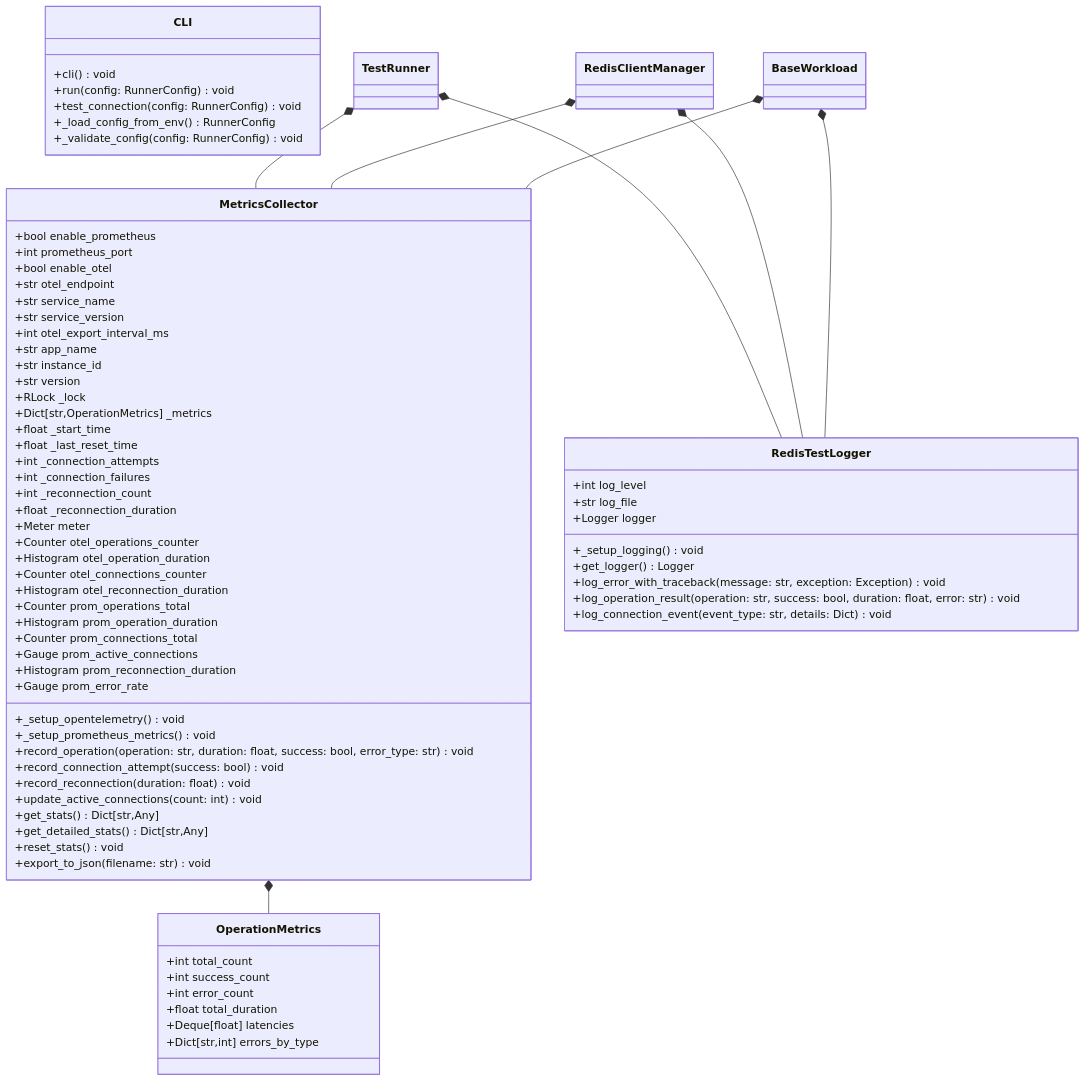
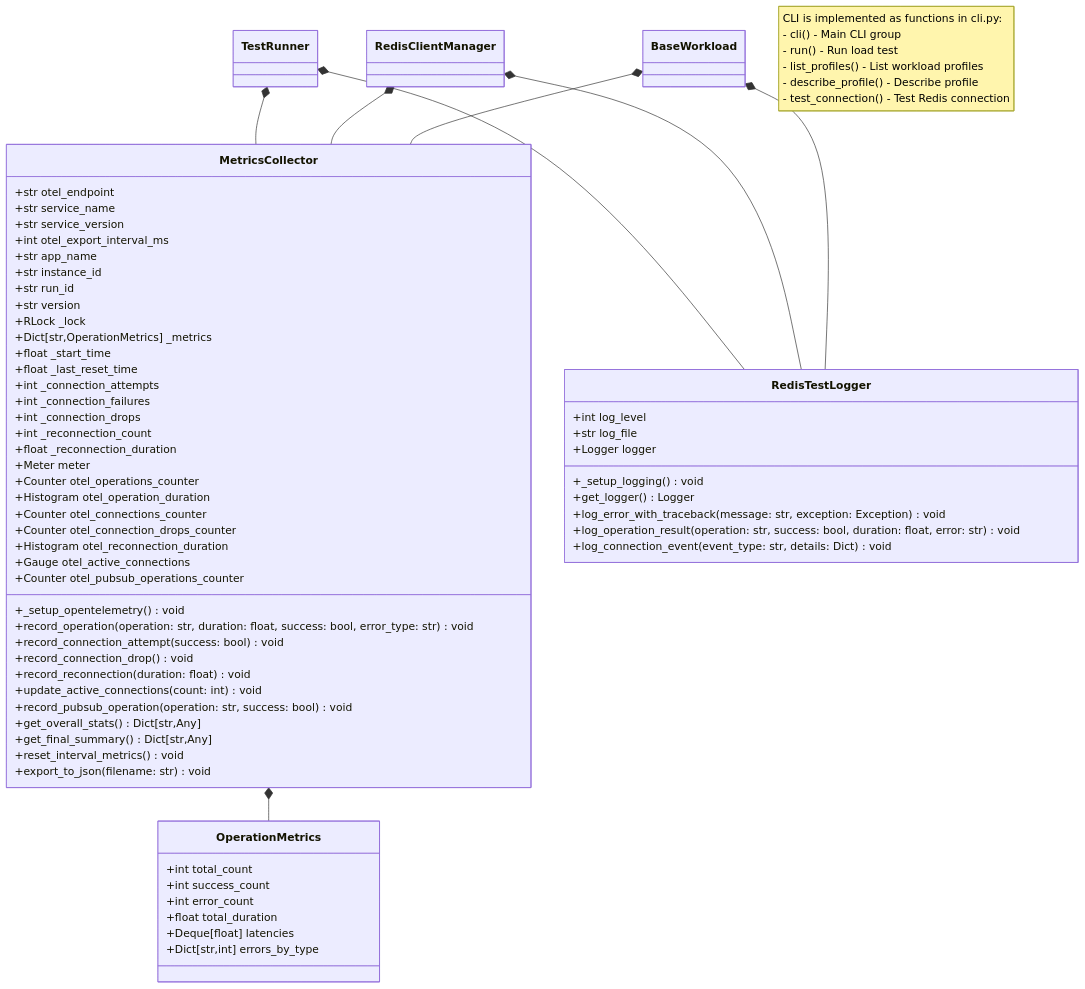
One commit to redis-developer/redis-py-test-app changed the second of 2 diagrams in diagrams/class-diagram.md. Above: the diagram before and after it, drawn with Mermaid. The commit also changed other lines of this file and 13 other files, not shown here.

```diff
--- a/diagrams/class-diagram.md
+++ b/diagrams/class-diagram.md
@@ -237,15 +221,13 @@
 classDiagram
     %% Metrics Classes
     class MetricsCollector {
-        +bool enable_prometheus
-        +int prometheus_port
-        +bool enable_otel
         +str otel_endpoint
         +str service_name
         +str service_version
         +int otel_export_interval_ms
         +str app_name
         +str instance_id
+        +str run_id
         +str version
         +RLock _lock
         +Dict[str,OperationMetrics] _metrics
@@ -253,29 +235,27 @@
         +float _last_reset_time
         +int _connection_attempts
         +int _connection_failures
+        +int _connection_drops
         +int _reconnection_count
         +float _reconnection_duration
         +Meter meter
         +Counter otel_operations_counter
         +Histogram otel_operation_duration
         +Counter otel_connections_counter
+        +Counter otel_connection_drops_counter
         +Histogram otel_reconnection_duration
-        +Counter prom_operations_total
-        +Histogram prom_operation_duration
-        +Counter prom_connections_total
-        +Gauge prom_active_connections
-        +Histogram prom_reconnection_duration
-        +Gauge prom_error_rate
+        +Gauge otel_active_connections
+        +Counter otel_pubsub_operations_counter
         +_setup_opentelemetry() void
-        +_setup_prometheus_metrics() void
         +record_operation(operation: str, duration: float, success: bool, error_type: str) void
         +record_connection_attempt(success: bool) void
+        +record_connection_drop() void
         +record_reconnection(duration: float) void
         +update_active_connections(count: int) void
-
-        +get_stats() Dict[str,Any]
-        +get_detailed_stats() Dict[str,Any]
-        +reset_stats() void
+        +record_pubsub_operation(operation: str, success: bool) void
+        +get_overall_stats() Dict[str,Any]
+        +get_final_summary() Dict[str,Any]
+        +reset_interval_metrics() void
         +export_to_json(filename: str) void
     }
 
@@ -300,14 +280,13 @@
         +log_connection_event(event_type: str, details: Dict) void
     }
 
-    %% CLI Classes
-    class CLI {
-        +cli() void
-        +run(config: RunnerConfig) void
-        +test_connection(config: RunnerConfig) void
-        +_load_config_from_env() RunnerConfig
-        +_validate_config(config: RunnerConfig) void
-    }
+    %% CLI Functions (not classes)
+    note for CLI "CLI is implemented as functions in cli.py:
+    - cli() - Main CLI group
+    - run() - Run load test
+    - list_profiles() - List workload profiles
+    - describe_profile() - Describe profile
+    - test_connection() - Test Redis connection"
 
     %% Relationships
     MetricsCollector *-- OperationMetrics
```
